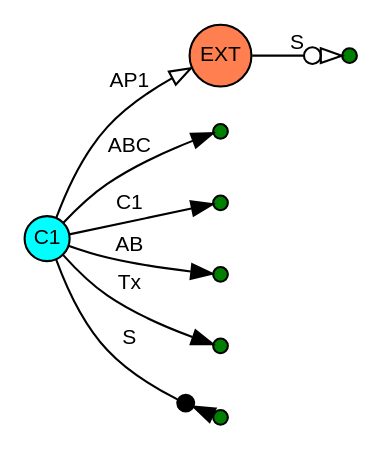
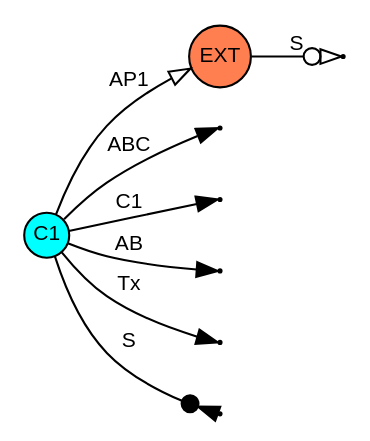
Before and after one commit to WZhaoKe/aegpwb: the diagram in doc/figures/src/CompactedEMT_2.dot, drawn with Graphviz. The commit also changed 22 other files, not shown here.

```diff
--- a/doc/figures/src/CompactedEMT_2.dot
+++ b/doc/figures/src/CompactedEMT_2.dot
@@ -1,21 +1,21 @@
 digraph pwb_model {
 	rankdir=LR;
 	size="8,5"
 	node [ shape = circle , fontname = "Helvetica" , fontsize = 10 , height = 0.1 , width = 0.1 , margin = 0.01 ,  style=filled ];
 	edge [ fontname = "Helvetica" , forcelabels= true , fontsize = 10 ];
 	"EXT" [shape=circle , regular=1, style=filled , fillcolor=coral ];
 	"C1" [ shape=circle fillcolor=cyan ];
-"REF2" [shape=circle , label ="", width=0.1 , height=0.1, regular=1, style=filled , fillcolor=green ];
+"REF2" [shape=point , label ="", width=0.02 , height=0.02, regular=1, style=filled , fillcolor=black ];
 	C1 -> REF2 [ label = "ABC" , arrowhead = "normal" ];
-"REF1" [shape=circle , label ="", width=0.1 , height=0.1, regular=1, style=filled , fillcolor=green ];
+"REF1" [shape=point , label ="", width=0.02 , height=0.02, regular=1, style=filled , fillcolor=black ];
 	C1 -> REF1 [ label = "C1" , arrowhead = "normal" ];
-"REF3" [shape=circle , label ="", width=0.1 , height=0.1, regular=1, style=filled , fillcolor=green ];
+"REF3" [shape=point , label ="", width=0.02 , height=0.02, regular=1, style=filled , fillcolor=black ];
 	C1 -> REF3 [ label = "AB" , arrowhead = "normal" ];
 	C1 -> EXT [ label = "AP1" , arrowhead = "empty" ];
-"REF4" [shape=circle , label ="", width=0.1 , height=0.1, regular=1, style=filled , fillcolor=green ];
+"REF4" [shape=point , label ="", width=0.02 , height=0.02, regular=1, style=filled , fillcolor=black ];
 	EXT -> REF4 [ label = "S" , arrowhead = "emptyodot" ];
-"REF5" [shape=circle , label ="", width=0.1 , height=0.1, regular=1, style=filled , fillcolor=green ];
+"REF5" [shape=point , label ="", width=0.02 , height=0.02, regular=1, style=filled , fillcolor=black ];
 	C1 -> REF5 [ label = "Tx" , arrowhead = "normal" ];
-"REF7" [shape=circle , label ="", width=0.1 , height=0.1, regular=1, style=filled , fillcolor=green ];
+"REF7" [shape=point , label ="", width=0.02 , height=0.02, regular=1, style=filled , fillcolor=black ];
 	C1 -> REF7 [ label = "S" , arrowhead = "invdot" ];
 }
```
